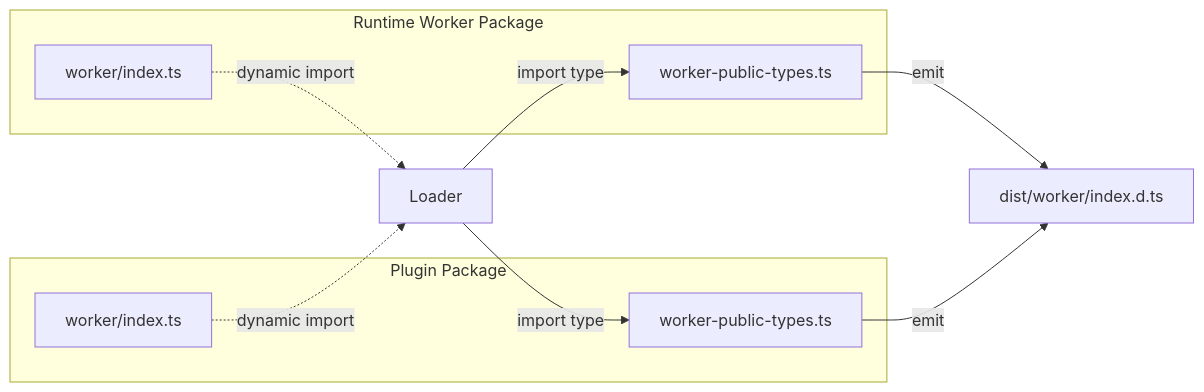
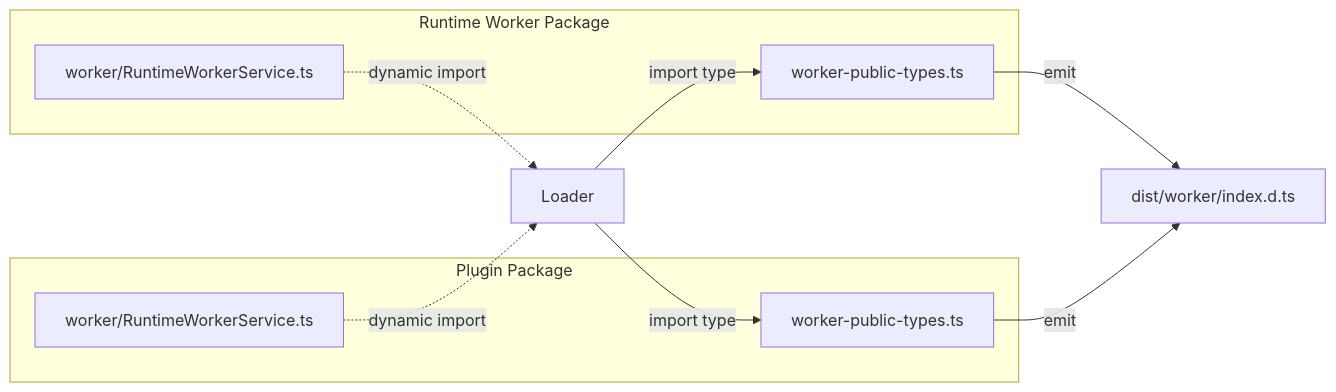
One commit to kubohiroya/hierarchidb changed the sixth of 7 diagrams in docs/design/worker-dynamic-import-architecture.md. Above: the diagram before and after it, drawn with Mermaid. The commit also changed other lines of this file and 845 other files, not shown here.

````diff
--- a/docs/design/worker-dynamic-import-architecture.md
+++ b/docs/design/worker-dynamic-import-architecture.md
@@ -245,17 +245,17 @@
 ```mermaid
 flowchart LR
     subgraph Runtime Worker Package
         runtimeTypes[worker-public-types.ts]
-        runtimeImpl[worker/index.ts]
+        runtimeImpl[worker/RuntimeWorkerService.ts]
     end
     subgraph Plugin Package
         pluginTypes[worker-public-types.ts]
-        pluginImpl[worker/index.ts]
+        pluginImpl[worker/RuntimeWorkerService.ts]
     end
     runtimeTypes -->|emit| dist/worker/index.d.ts
     pluginTypes -->|emit| dist/worker/index.d.ts
     runtimeImpl -. dynamic import .-> Loader
     pluginImpl -. dynamic import .-> Loader
     Loader -->|import type| runtimeTypes
     Loader -->|import type| pluginTypes
 ```
````
